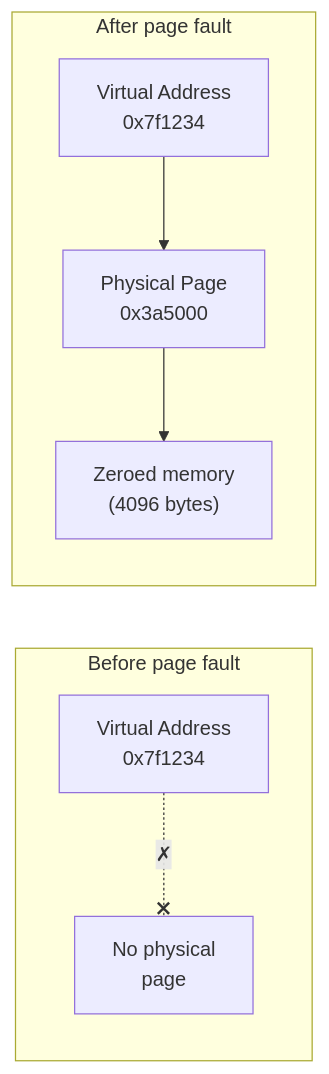
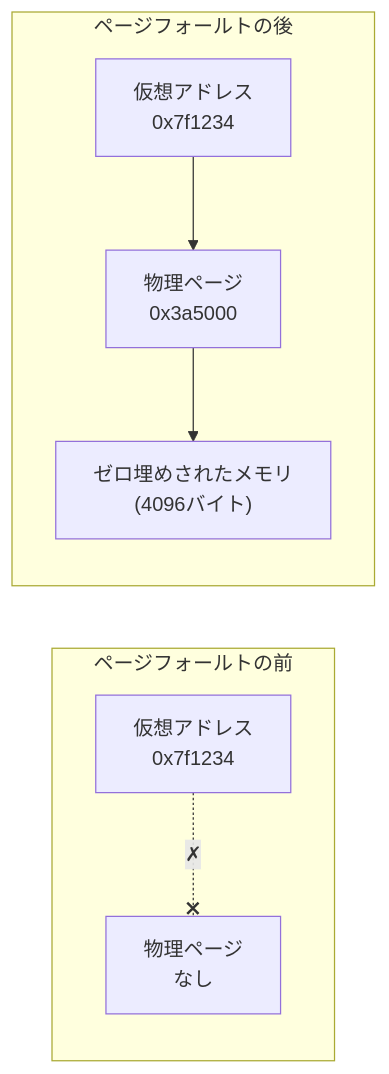
Before and after one commit to doguto/linux-kernel-internals-jp: the fourth of 4 diagrams in docs/mm/life-of-malloc.md, drawn with Mermaid. The commit also changed other lines of this file and 12 other files, not shown here.

````diff
--- a/docs/mm/life-of-malloc.md
+++ b/docs/mm/life-of-malloc.md
@@ -313,11 +313,11 @@
 ```mermaid
 flowchart LR
-    subgraph before["Before page fault"]
-        VA1["Virtual Address<br/>0x7f1234"] -.-x|"✗"| NP["No physical<br/>page"]
+    subgraph before["ページフォールトの前"]
+        VA1["仮想アドレス<br/>0x7f1234"] -.-x|"✗"| NP["物理ページ<br/>なし"]
     end
 
-    subgraph after["After page fault"]
-        VA2["Virtual Address<br/>0x7f1234"] --> PP["Physical Page<br/>0x3a5000"]
-        PP --> ZM["Zeroed memory<br/>(4096 bytes)"]
+    subgraph after["ページフォールトの後"]
+        VA2["仮想アドレス<br/>0x7f1234"] --> PP["物理ページ<br/>0x3a5000"]
+        PP --> ZM["ゼロ埋めされたメモリ<br/>(4096バイト)"]
     end
 ```
````
